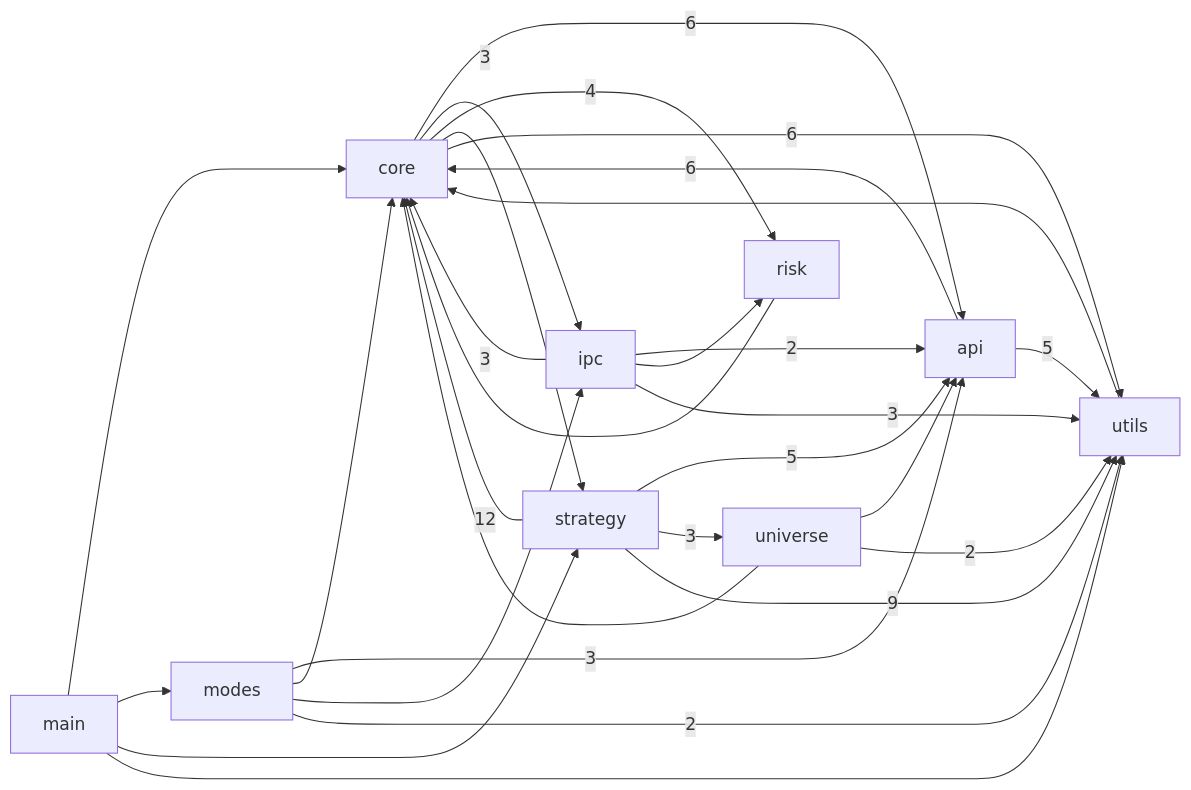
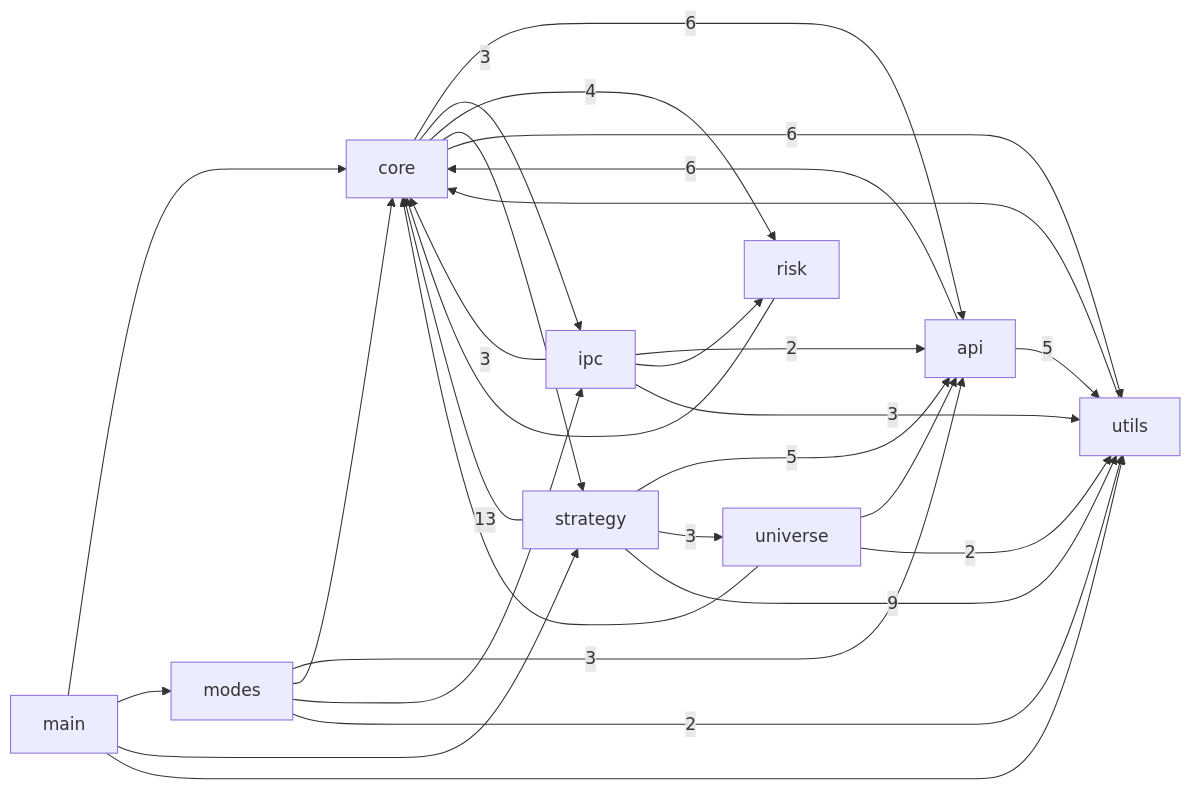
The first of 3 diagrams in docs/CODE_GRAPH.md (pypy8171/Quant), drawn with Mermaid before and after one commit. The commit also changed other lines of this file and 8 other files, not shown here.

````diff
--- a/docs/CODE_GRAPH.md
+++ b/docs/CODE_GRAPH.md
@@ -10,40 +10,40 @@
 ```mermaid
 graph LR
   main[main]
   modes[modes]
   core[core]
   strategy[strategy]
   api[api]
   universe[universe]
   risk[risk]
   ipc[ipc]
   utils[utils]
   api -->|6| core
   api -->|5| utils
   core -->|6| api
   core -->|3| ipc
   core -->|4| risk
   core --> strategy
   core -->|6| utils
   ipc -->|2| api
   ipc -->|3| core
   ipc --> risk
   ipc -->|3| utils
   main --> core
   main --> modes
   main --> strategy
   main --> utils
   modes -->|3| api
   modes --> core
   modes --> ipc
   modes -->|2| utils
   risk --> core
   strategy -->|5| api
-  strategy -->|12| core
+  strategy -->|13| core
   strategy -->|3| universe
   strategy -->|9| utils
   universe --> api
   universe --> core
   universe -->|2| utils
   utils --> core
 ```
````
